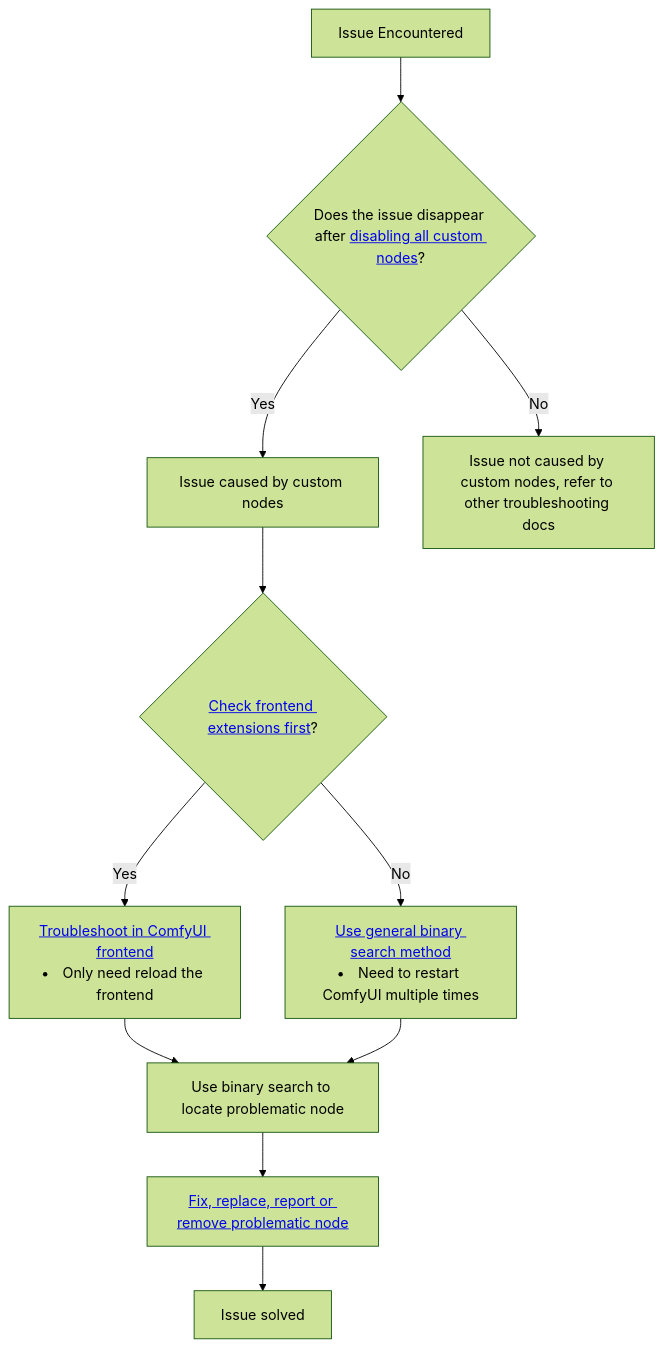
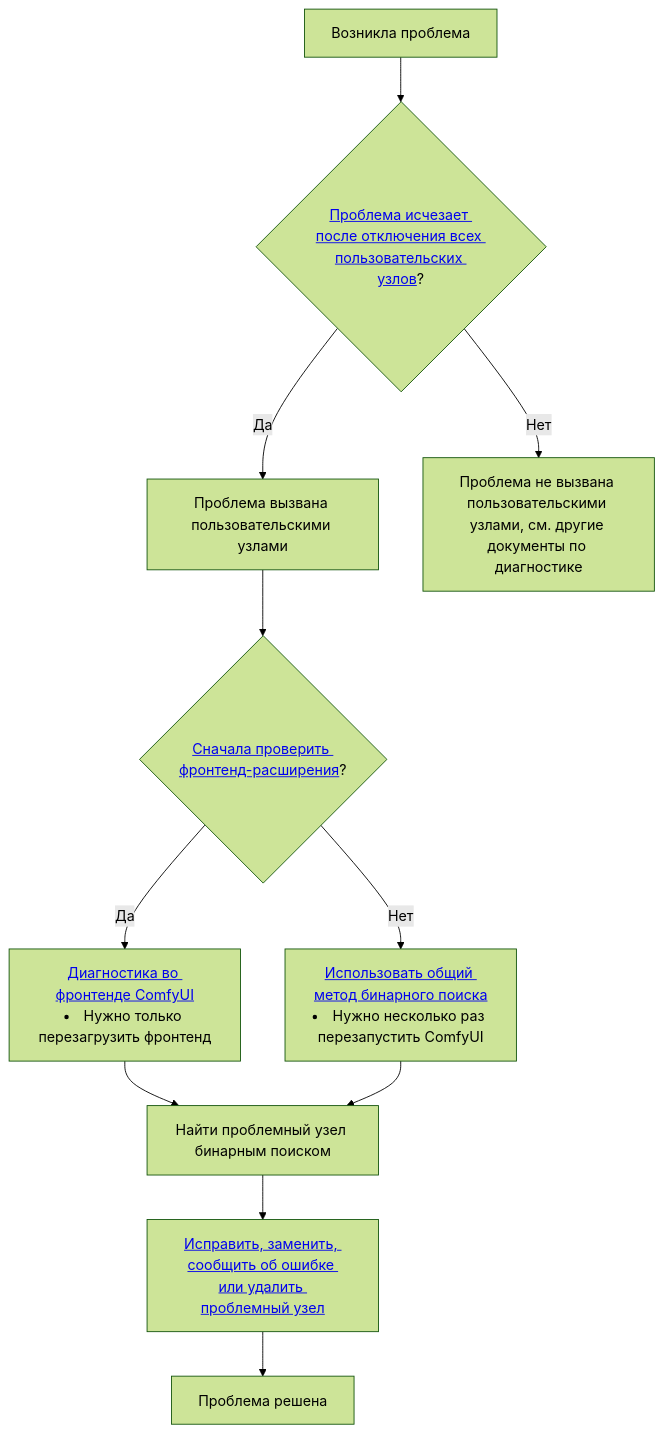
Before and after one commit to Comfy-Org/docs: the first of 2 diagrams in ru/troubleshooting/custom-node-issues.mdx, drawn with Mermaid (forest theme). The commit also changed other lines of this file and 57 other files, not shown here.

````diff
--- a/ru/troubleshooting/custom-node-issues.mdx
+++ b/ru/troubleshooting/custom-node-issues.mdx
@@ -11,13 +22,13 @@
  ```mermaid
  flowchart TD
-    A[Issue Encountered] --> B{Does the issue disappear after <a href="#how-to-disable-all-custom-nodes%3F">disabling all custom nodes</a>?}
-    B -- Yes --> C[Issue caused by custom nodes]
-    B -- No --> D[Issue not caused by custom nodes, refer to other troubleshooting docs]
-    C --> E{<a href="#1-troubleshooting-the-custom-nodes’-frontend-extensions">Check frontend extensions first</a>?}
-    E -- Yes --> F[<a href="#1-troubleshooting-the-custom-nodes’-frontend-extensions">Troubleshoot in ComfyUI frontend</a><br/><li>Only need reload the frontend</li>]
-    E -- No --> G[<a href="#2-general-custom-node-troubleshooting">Use general binary search method</a><li>Need to restart ComfyUI multiple times</li>]
-    F --> H[Use binary search to locate problematic node]
+    A[Возникла проблема] --> B{<a href="#how-to-disable-all-custom-nodes">Проблема исчезает после отключения всех пользовательских узлов</a>?}
+    B -- Да --> C[Проблема вызвана пользовательскими узлами]
+    B -- Нет --> D[Проблема не вызвана пользовательскими узлами, см. другие документы по диагностике]
+    C --> E{<a href="#1-troubleshooting-the-custom-nodes-frontend-extensions">Сначала проверить фронтенд-расширения</a>?}
+    E -- Да --> F[<a href="#1-troubleshooting-the-custom-nodes-frontend-extensions">Диагностика во фронтенде ComfyUI</a><br/><li>Нужно только перезагрузить фронтенд</li>]
+    E -- Нет --> G[<a href="#2-general-custom-node-troubleshooting">Использовать общий метод бинарного поиска</a><li>Нужно несколько раз перезапустить ComfyUI</li>]
+    F --> H[Найти проблемный узел бинарным поиском]
     G --> H
-    H --> I[<a href="#how-to-fix-the-issue">Fix, replace, report or remove problematic node</a>]
-    I --> J[Issue solved]
+    H --> I[<a href="#how-to-fix-the-issue">Исправить, заменить, сообщить об ошибке или удалить проблемный узел</a>]
+    I --> J[Проблема решена]
 ```
````
